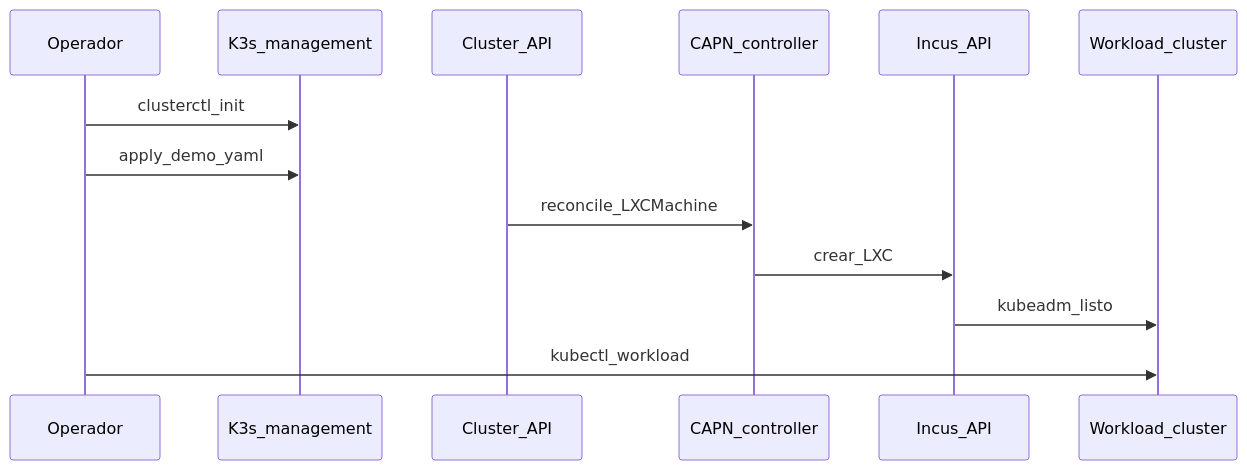
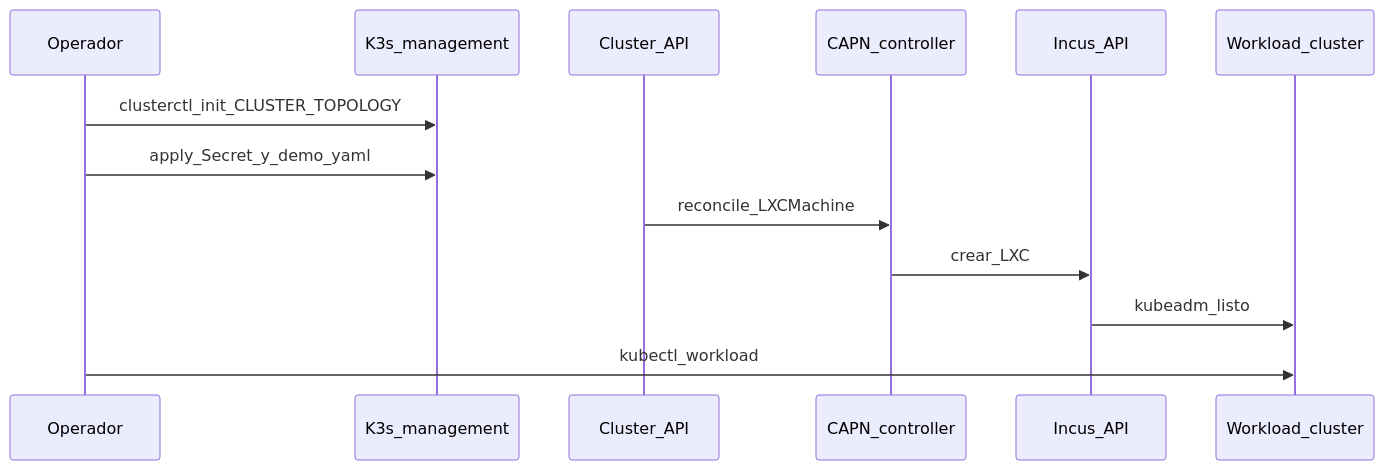
Before and after one commit to maceosoft/homelab: the diagram in docs/implementacion/fase-6-capn.md, drawn with Mermaid. The commit also changed other lines of this file and 2 other files, not shown here.

Commit message:
CAPN: doc corregida con la prueba de humo (clusterctl 1.13, ClusterTopology, Secret, destinos sin deborah) y su estado

````diff
--- a/docs/implementacion/fase-6-capn.md
+++ b/docs/implementacion/fase-6-capn.md
@@ -47,15 +48,15 @@
 ```mermaid
 sequenceDiagram
   participant Op as Operador
   participant K3s as K3s_management
   participant CAPI as Cluster_API
   participant CAPN as CAPN_controller
   participant Incus as Incus_API
   participant WL as Workload_cluster
-  Op->>K3s: clusterctl_init
-  Op->>K3s: apply_demo_yaml
+  Op->>K3s: clusterctl_init_CLUSTER_TOPOLOGY
+  Op->>K3s: apply_Secret_y_demo_yaml
   CAPI->>CAPN: reconcile_LXCMachine
   CAPN->>Incus: crear_LXC
   Incus->>WL: kubeadm_listo
   Op->>WL: kubectl_workload
 ```
````
